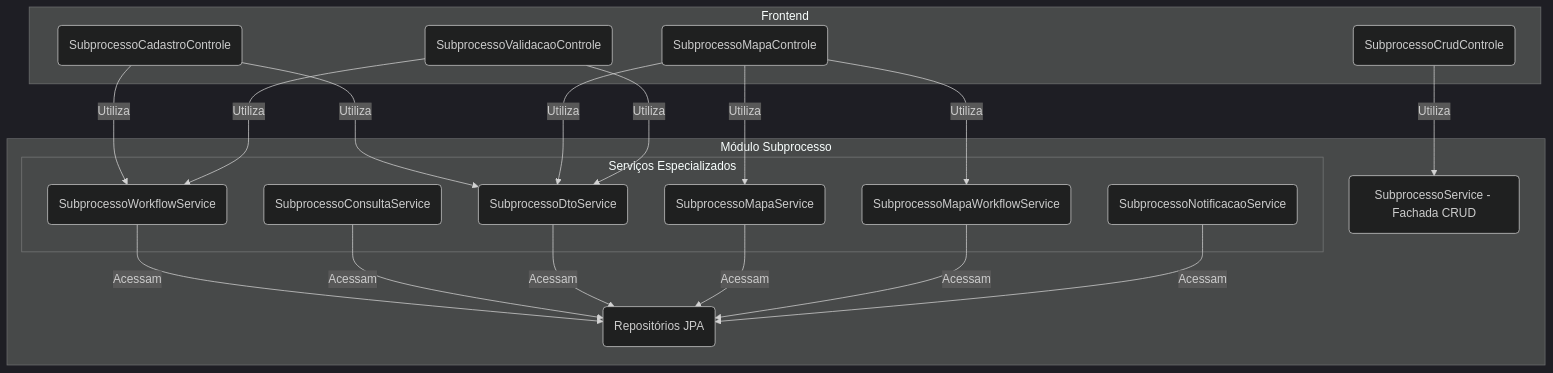
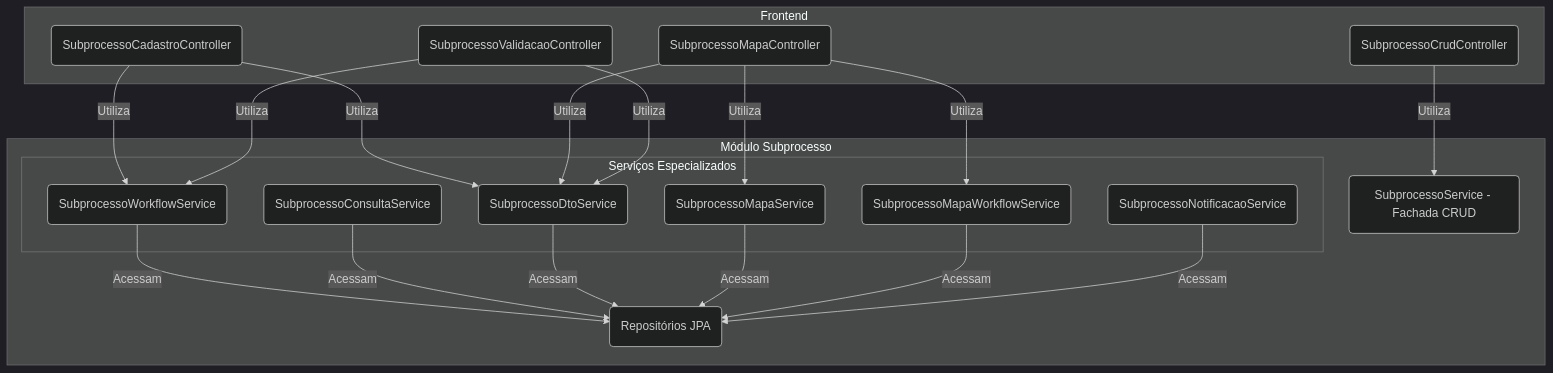
Before and after one commit to lgalvao/sgc: the first of 2 diagrams in backend/src/main/java/sgc/subprocesso/README.md, drawn with Mermaid (dark theme). The commit also changed other lines of this file and 13 other files, not shown here.

````diff
--- a/backend/src/main/java/sgc/subprocesso/README.md
+++ b/backend/src/main/java/sgc/subprocesso/README.md
@@ -13,31 +13,31 @@
 ```mermaid
 graph TD
     subgraph "Frontend"
-        ControleCrud(SubprocessoCrudControle)
-        ControleCadastro(SubprocessoCadastroControle)
-        ControleMapa(SubprocessoMapaControle)
-        ControleValidacao(SubprocessoValidacaoControle)
+        ControleCrud(SubprocessoCrudController)
+        ControleCadastro(SubprocessoCadastroController)
+        ControleMapa(SubprocessoMapaController)
+        ControleValidacao(SubprocessoValidacaoController)
     end
 
     subgraph "Módulo Subprocesso"
         Facade(SubprocessoService - Fachada CRUD)
 
         subgraph "Serviços Especializados"
             Workflow(SubprocessoWorkflowService)
             Consulta(SubprocessoConsultaService)
             DtoBuilder(SubprocessoDtoService)
             Mapa(SubprocessoMapaService)
             MapaWorkflow(SubprocessoMapaWorkflowService)
             Notificacao(SubprocessoNotificacaoService)
         end
 
         Repos(Repositórios JPA)
     end
 
     ControleCrud -- Utiliza --> Facade
     ControleCadastro -- Utiliza --> Workflow & DtoBuilder
     ControleMapa -- Utiliza --> MapaWorkflow & Mapa & DtoBuilder
     ControleValidacao -- Utiliza --> Workflow & DtoBuilder
 
     Workflow & Consulta & DtoBuilder & Mapa & MapaWorkflow & Notificacao -- Acessam --> Repos
 ```
````
